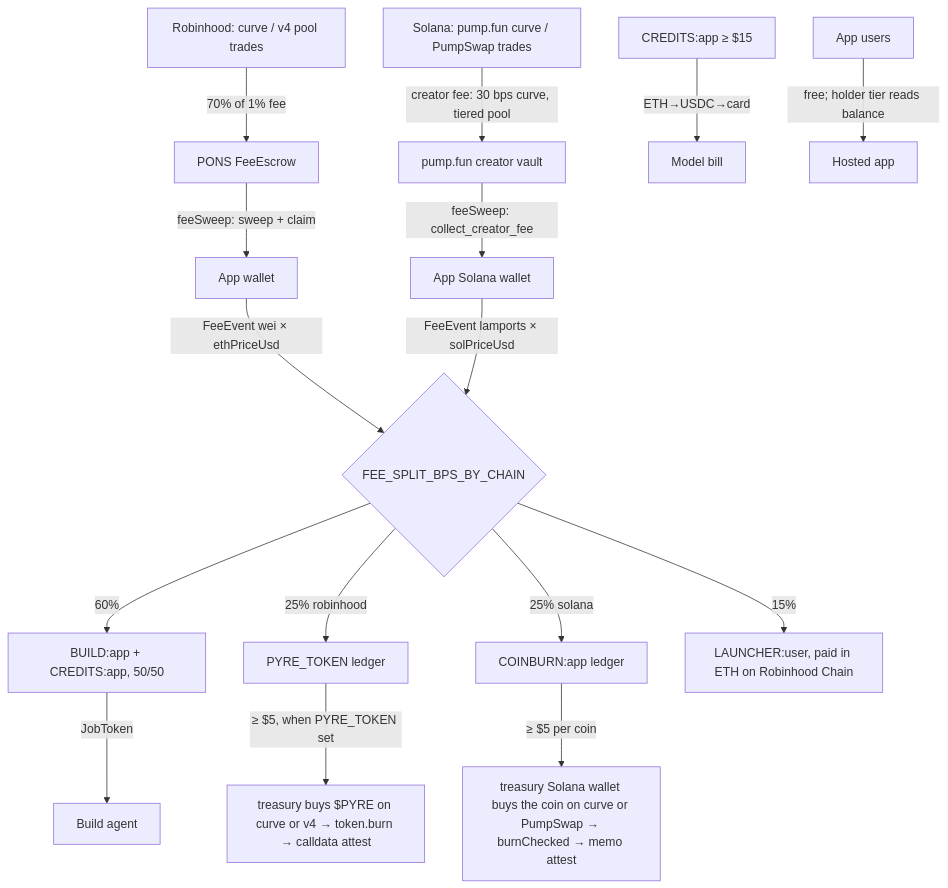
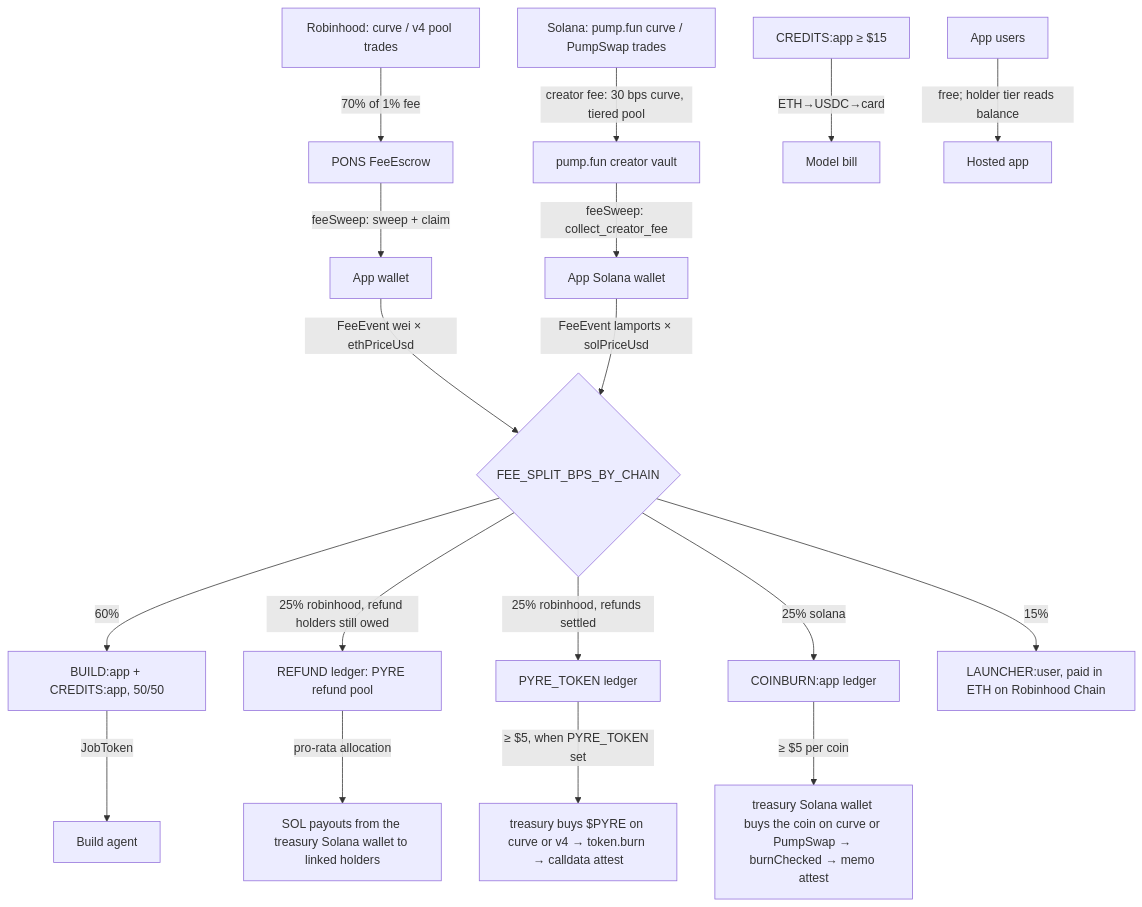
Before and after one commit to realdoomsman/pyre: the third of 3 diagrams in docs/architecture.md, drawn with Mermaid. The commit also changed other lines of this file and 140 other files, not shown here.

Commit message:
pump.fun cutover: new coins launch on pump.fun only; PONS v2 launches closed; legacy Robinhood coins' 25% funds PYRE refunds; PYRE refund program (snapshot, linking, SOL payouts); docs, legal and site copy

````diff
--- a/docs/architecture.md
+++ b/docs/architecture.md
@@ -108,18 +108,20 @@
 ```mermaid
 flowchart TD
   TradesR[Robinhood: curve / v4 pool trades] -->|70% of 1% fee| Escrow[PONS FeeEscrow]
   Escrow -->|feeSweep: sweep + claim| AW[App wallet]
   TradesS[Solana: pump.fun curve / PumpSwap trades] -->|creator fee: 30 bps curve, tiered pool| Vault[pump.fun creator vault]
   Vault -->|feeSweep: collect_creator_fee| AWS[App Solana wallet]
   AW -->|FeeEvent wei × ethPriceUsd| Split{FEE_SPLIT_BPS_BY_CHAIN}
   AWS -->|FeeEvent lamports × solPriceUsd| Split
   Split -->|60%| Build[BUILD:app + CREDITS:app, 50/50]
-  Split -->|25% robinhood| PYRE[PYRE_TOKEN ledger]
+  Split -->|25% robinhood, refund holders still owed| RF[REFUND ledger: PYRE refund pool]
+  Split -->|25% robinhood, refunds settled| PYRE[PYRE_TOKEN ledger]
   Split -->|25% solana| CB[COINBURN:app ledger]
   Split -->|15%| Launcher[LAUNCHER:user, paid in ETH on Robinhood Chain]
   Build -->|JobToken| Agent[Build agent]
   CREDITS[CREDITS:app ≥ $15] -->|ETH→USDC→card| Model[Model bill]
   Users[App users] -->|free; holder tier reads balance| App[Hosted app]
   PYRE -->|≥ $5, when PYRE_TOKEN set| PBurn[treasury buys $PYRE on curve or v4 → token.burn → calldata attest]
   CB -->|≥ $5 per coin| CBurn[treasury Solana wallet buys the coin on curve or PumpSwap → burnChecked → memo attest]
+  RF -->|pro-rata allocation| RPay[SOL payouts from the treasury Solana wallet to linked holders]
 ```
````
